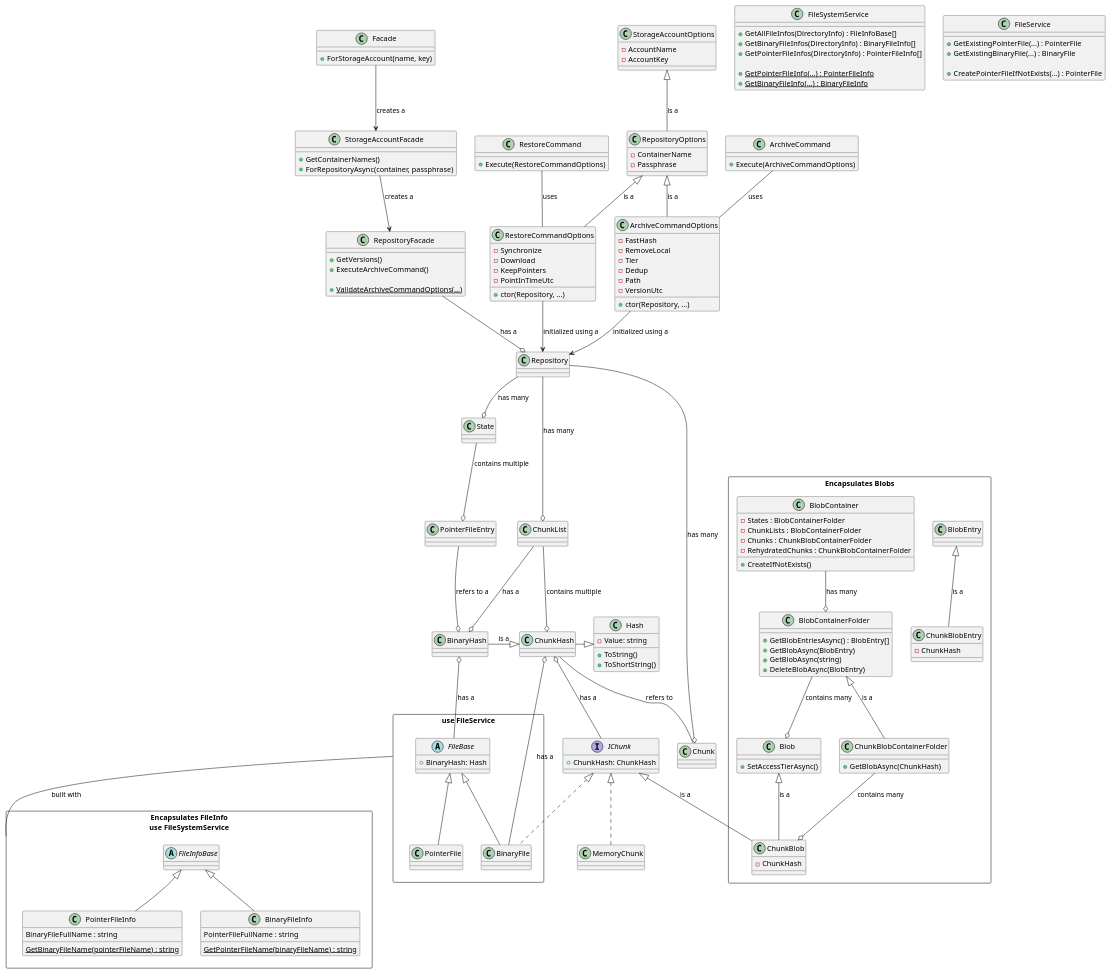
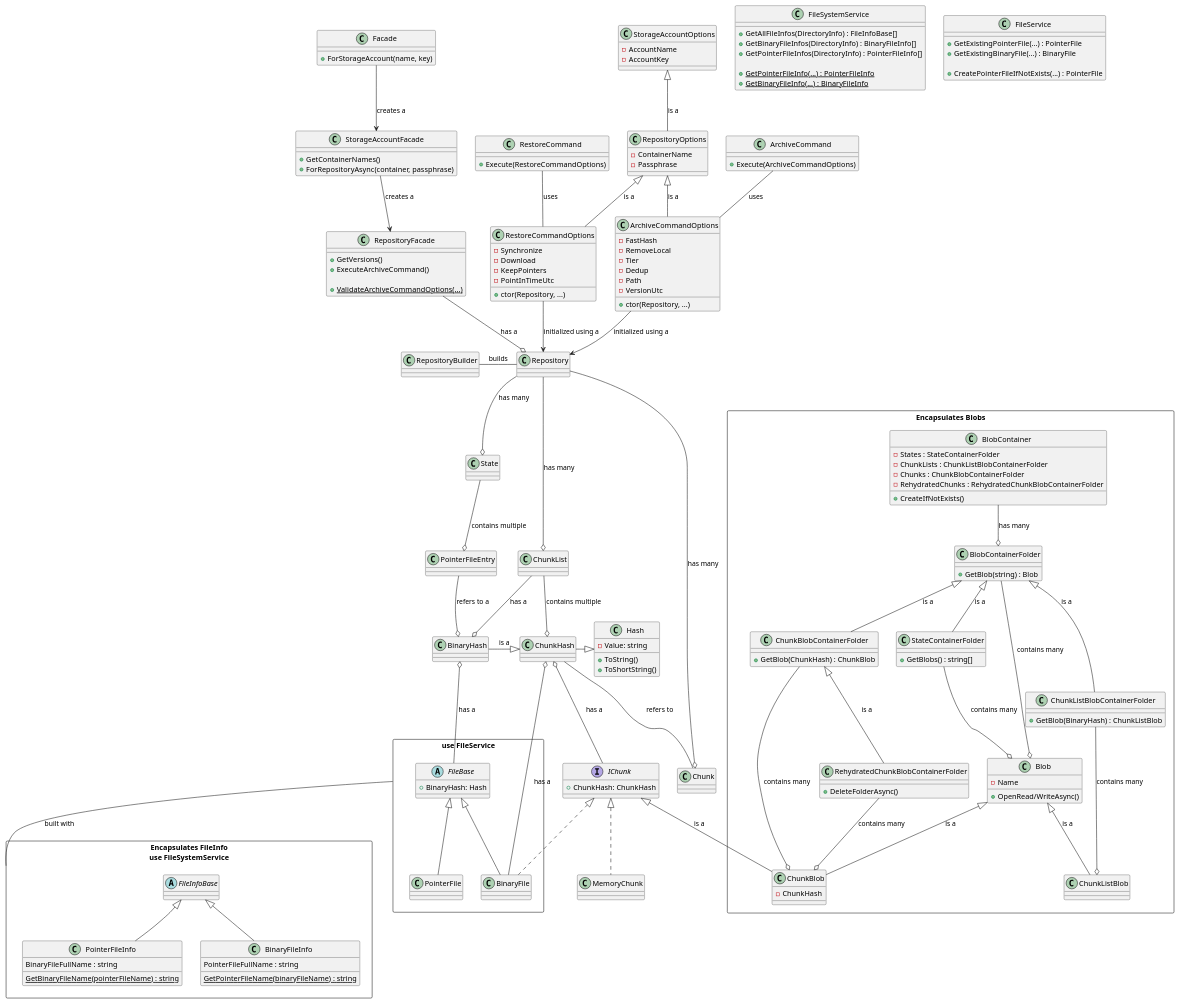
The diagram in docs/classdiagram.puml (woutervanranst/Arius), drawn with PlantUML before and after one commit. The commit also changed 1 other file, not shown here.

Commit message:
feat: updated design diagrams

```diff
--- a/docs/classdiagram.puml
+++ b/docs/classdiagram.puml
@@ -69,6 +69,8 @@
  + {static} ValidateArchiveCommandOptions(...)
 }
 
+class RepositoryBuilder
+
 class Repository
 
 class StorageAccountOptions {
@@ -86,33 +88,53 @@
 rectangle "Encapsulates Blobs" {
 
     class BlobContainer {
-        - States : BlobContainerFolder
-        - ChunkLists : BlobContainerFolder
+        - States : StateContainerFolder
+        - ChunkLists : ChunkListBlobContainerFolder
         - Chunks : ChunkBlobContainerFolder
-        - RehydratedChunks : ChunkBlobContainerFolder
+        - RehydratedChunks : RehydratedChunkBlobContainerFolder
         + CreateIfNotExists()
     }
 
     class BlobContainerFolder {
-        + GetBlobEntriesAsync() : BlobEntry[]
-        + GetBlobAsync(BlobEntry)
-        + GetBlobAsync(string)
-        + DeleteBlobAsync(BlobEntry)
+        + GetBlob(string) : Blob
     }
 
-    class BlobEntry
-    class Blob {
-        + SetAccessTierAsync()
+    class StateContainerFolder {
+        + GetBlobs() : string[]
     }
 
     class ChunkBlobContainerFolder {
-        + GetBlobAsync(ChunkHash)
+        + GetBlob(ChunkHash) : ChunkBlob
     }
-    class ChunkBlobEntry {
-        - ChunkHash
+
+    class RehydratedChunkBlobContainerFolder {
+        + DeleteFolderAsync()
+    }
+
+    class ChunkListBlobContainerFolder {
+        + GetBlob(BinaryHash) : ChunkListBlob
+    }
+
+
+    class Blob {
+        ' - FullName
+        - Name
+        ' - Folder
+
+        ' + ExistsAsync()  
+        + OpenRead/WriteAsync()
+        ' + Get/SetAccessTierAsync()
+        ' + Get/SetContentType()
+        ' + Get/SetOriginalLengthMetadata()
+        ' + GetArchivedLength()
+        ' + DeleteAsync()
+
     }
     class ChunkBlob {
         - ChunkHash
+    }
+    class ChunkListBlob {
+
     }
 }
 
@@ -179,6 +201,9 @@
 FileInfoBase<|-- BinaryFileInfo
 
 ' --- OPERATIONS RELATIONSHIPS
+
+RepositoryBuilder -r- Repository : "builds"
+
 Facade --> StorageAccountFacade : "creates a"
 StorageAccountFacade --> RepositoryFacade : "creates a"
 RepositoryFacade --o Repository : "has a"
@@ -202,12 +227,19 @@
 
 BlobContainer --o BlobContainerFolder : "has many"
 
+StateContainerFolder -u-|> BlobContainerFolder : "is a"
+ChunkBlobContainerFolder -u-|> BlobContainerFolder : "is a"
+RehydratedChunkBlobContainerFolder -u-|> ChunkBlobContainerFolder : "is a"
+ChunkListBlobContainerFolder -u-|> BlobContainerFolder : "is a"
+
 BlobContainerFolder --o Blob : "contains many"
+StateContainerFolder --o Blob : "contains many"
 ChunkBlobContainerFolder --o ChunkBlob : "contains many"
+RehydratedChunkBlobContainerFolder --o ChunkBlob : "contains many"
+ChunkListBlobContainerFolder --o ChunkListBlob : "contains many"
 
-ChunkBlobContainerFolder -u-|> BlobContainerFolder : "is a"
-ChunkBlobEntry -u-|> BlobEntry : "is a"
 ChunkBlob -u-|> Blob : "is a"
+ChunkListBlob -u-|> Blob : "is a"
 
 ChunkBlob -u-|> IChunk : "is a"
 
```
